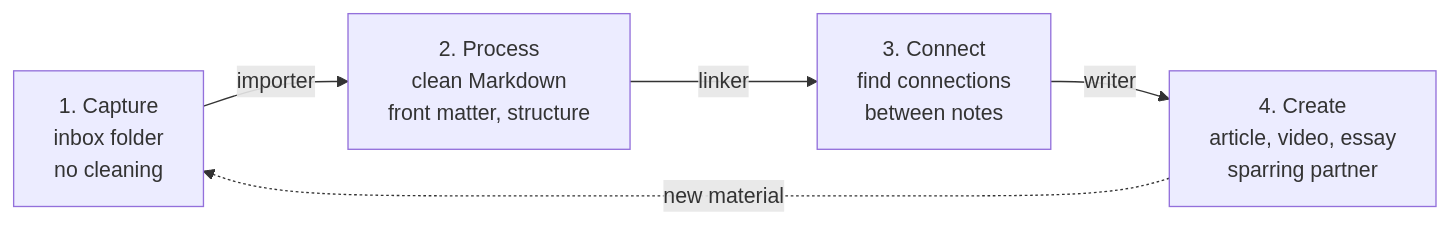
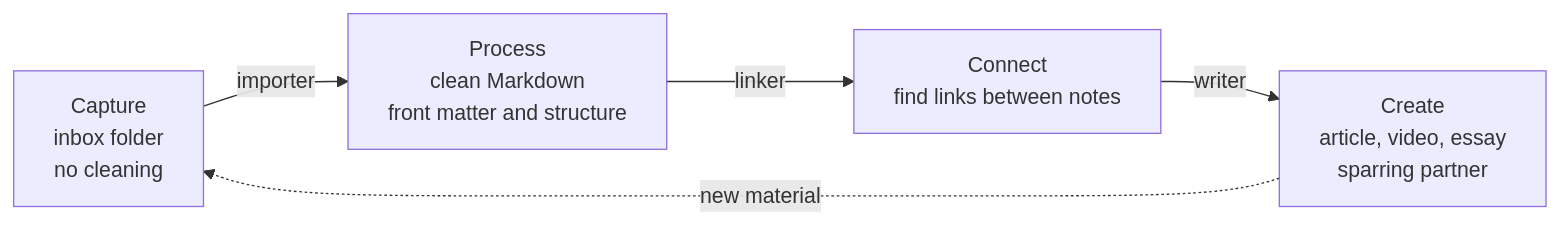
The sixth of 6 diagrams in content/Research/second-brain-build.md (xdflatline/quartz), drawn with Mermaid before and after one commit. The commit also changed other lines of this file and 2 other files, not shown here.

````diff
--- a/content/Research/second-brain-build.md
+++ b/content/Research/second-brain-build.md
@@ -192,7 +192,7 @@
 ```mermaid
 flowchart LR
-    Inbox["1. Capture<br/>inbox folder<br/>no cleaning"] -->|importer| Clean["2. Process<br/>clean Markdown<br/>front matter, structure"]
-    Clean -->|linker| Links["3. Connect<br/>find connections<br/>between notes"]
-    Links -->|writer| Final["4. Create<br/>article, video, essay<br/>sparring partner"]
+    Inbox[Capture<br/>inbox folder<br/>no cleaning] -->|importer| Clean[Process<br/>clean Markdown<br/>front matter and structure]
+    Clean -->|linker| Links[Connect<br/>find links between notes]
+    Links -->|writer| Final[Create<br/>article, video, essay<br/>sparring partner]
     Final -.new material.-> Inbox
 ```
````
